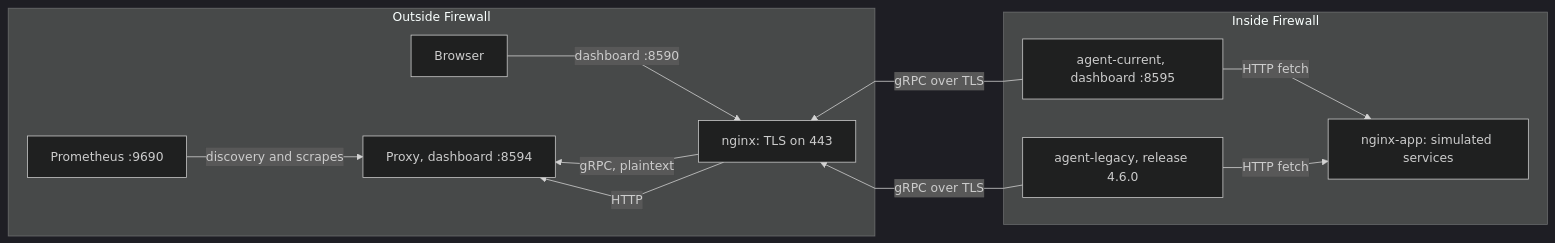
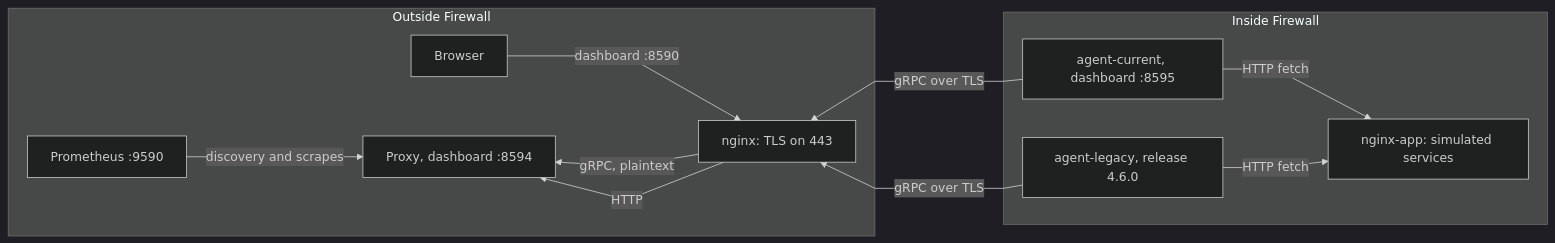
The diagram in website/prometheus-proxy/docs/nginx-demo.md (pambrose/prometheus-proxy), drawn with Mermaid (dark theme) before and after one commit. The commit also changed other lines of this file and 11 other files, not shown here.

````diff
--- a/website/prometheus-proxy/docs/nginx-demo.md
+++ b/website/prometheus-proxy/docs/nginx-demo.md
@@ -15,30 +15,30 @@
 ``` mermaid
 %%{init: {'flowchart': {'curve': 'linear'}}}%%
 graph LR
-  P[Prometheus :9690] -->|discovery and scrapes| Proxy[Proxy, dashboard :8594]
+  P[Prometheus :9590] -->|discovery and scrapes| Proxy[Proxy, dashboard :8594]
   Browser[Browser] -->|dashboard :8590| Nginx
   Nginx[nginx: TLS on 443] -->|gRPC, plaintext| Proxy
   Nginx -->|HTTP| Proxy
   %% Each agent connects out, to nginx, so its arrows point back. The invisible links keep nginx and the agents to the
   %% right of the proxy, as on the other demo pages.
   Proxy ~~~ Nginx
   Nginx ~~~ Current
   Nginx ~~~ Legacy
   Current[agent-current, dashboard :8595] -->|gRPC over TLS| Nginx
   Legacy[agent-legacy, release 4.6.0] -->|gRPC over TLS| Nginx
   Current -->|HTTP fetch| App[nginx-app: simulated services]
   Legacy -->|HTTP fetch| App
 
   subgraph Outside Firewall
     P
     Proxy
     Nginx
     Browser
   end
 
   subgraph Inside Firewall
     Current
     Legacy
     App
   end
 ```
````
